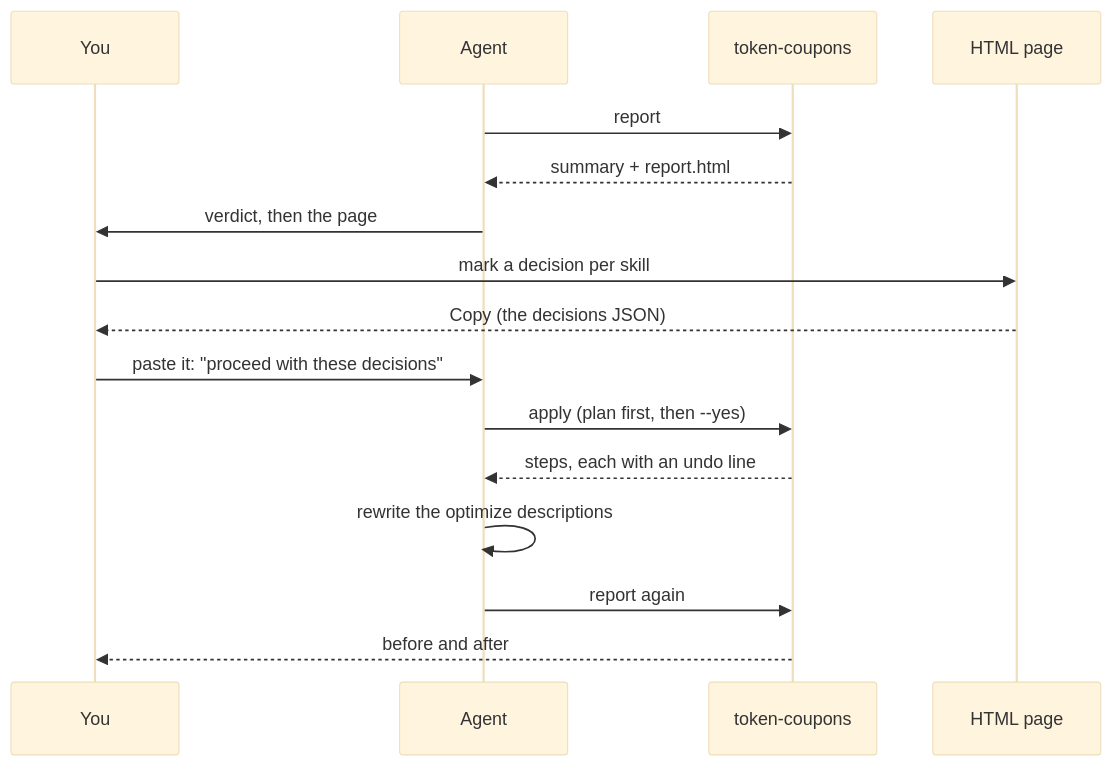
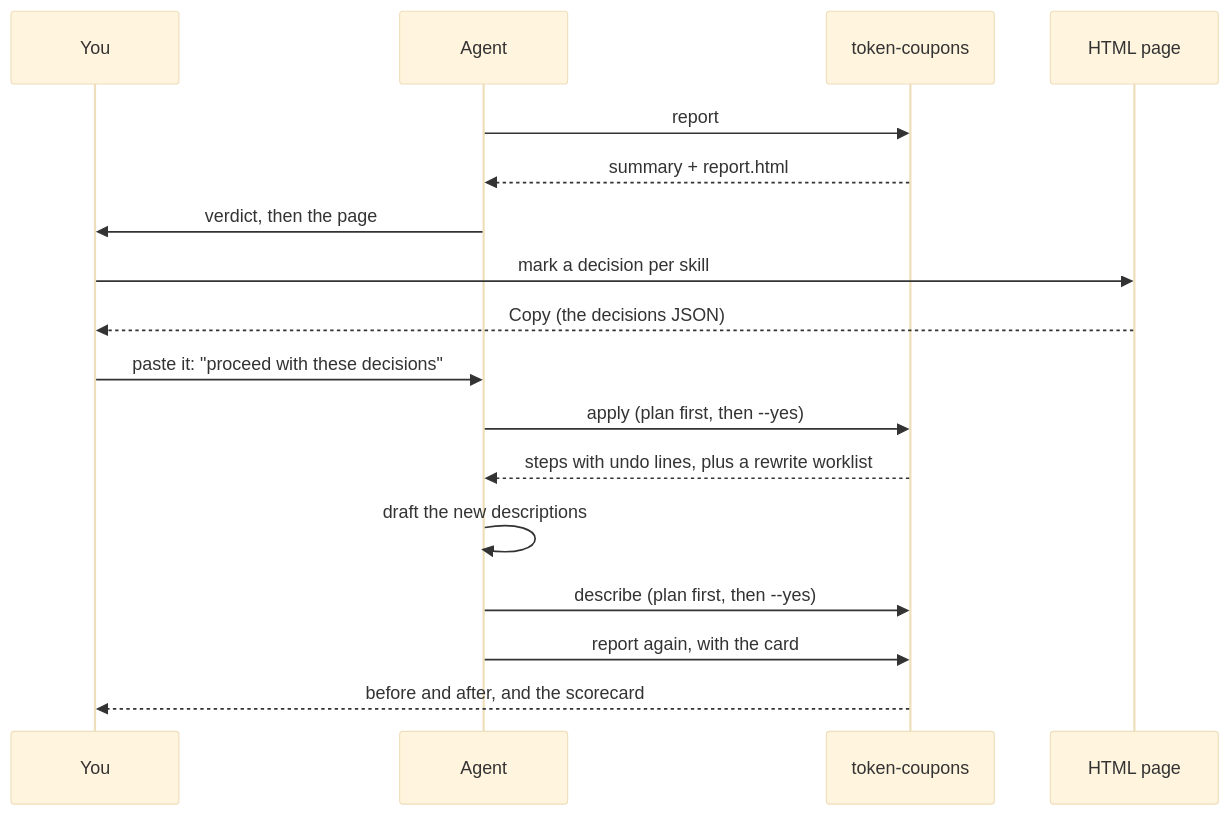
Before and after one commit to steve-piece/token-coupons: the second of 2 diagrams in README.md, drawn with Mermaid (base theme). The commit also changed other lines of this file and 38 other files, not shown here.

````diff
--- a/README.md
+++ b/README.md
@@ -116,18 +152,19 @@
 ```mermaid
 sequenceDiagram
   participant P as You
   participant A as Agent
   participant T as token-coupons
   participant H as HTML page
   A->>T: report
   T-->>A: summary + report.html
   A->>P: verdict, then the page
   P->>H: mark a decision per skill
   H-->>P: Copy (the decisions JSON)
   P->>A: paste it: "proceed with these decisions"
   A->>T: apply (plan first, then --yes)
-  T-->>A: steps, each with an undo line
-  A->>A: rewrite the optimize descriptions
-  A->>T: report again
-  T-->>P: before and after
+  T-->>A: steps with undo lines, plus a rewrite worklist
+  A->>A: draft the new descriptions
+  A->>T: describe (plan first, then --yes)
+  A->>T: report again, with the card
+  T-->>P: before and after, and the scorecard
 ```
````
